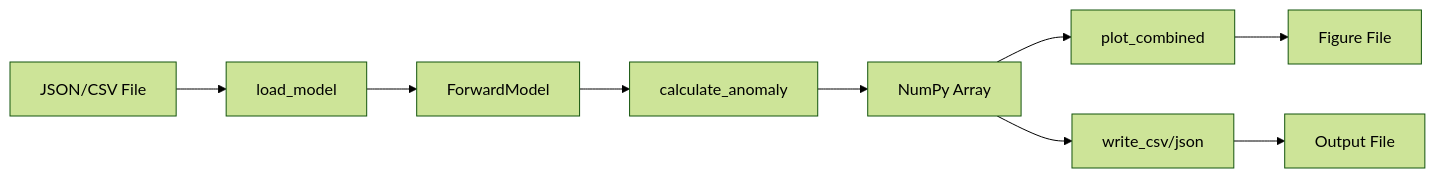
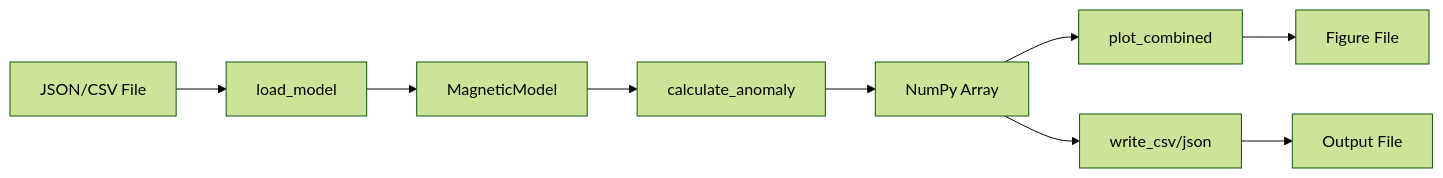
Before and after one commit to Lubricate-AI/forward-model: the diagram in docs/development/architecture.md, drawn with Mermaid (forest theme). The commit also changed other lines of this file and 28 other files, not shown here.

First line of the commit message:
refactor: rename ForwardModel to MagneticModel for API consistency (#131)

````diff
--- a/docs/development/architecture.md
+++ b/docs/development/architecture.md
@@ -267,11 +267,11 @@
 ```mermaid
 graph LR
     A[JSON/CSV File] --> B[load_model]
-    B --> C[ForwardModel]
+    B --> C[MagneticModel]
     C --> D[calculate_anomaly]
     D --> E[NumPy Array]
     E --> F[plot_combined]
     F --> G[Figure File]
     E --> H[write_csv/json]
     H --> I[Output File]
 ```
````
